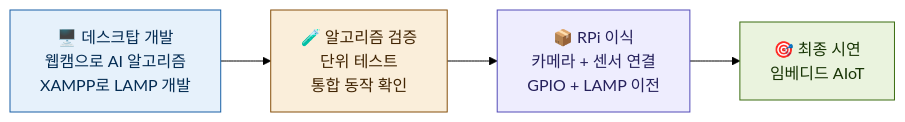
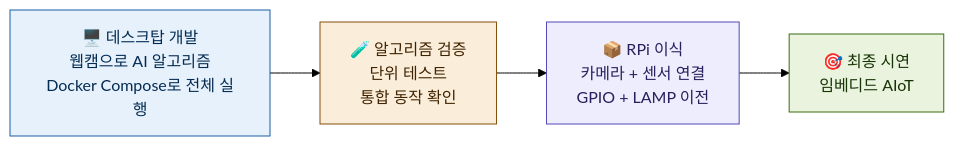
One commit to pgh165/capstone changed diagram 12 of 13 in project.md. Above: the diagram before and after it, drawn with Mermaid (forest theme). The commit also changed other lines of this file and 20 other files, not shown here.

First line of the commit message:
LAMP 스택을 Django + Docker Compose로 전환

````diff
--- a/project.md
+++ b/project.md
@@ -1015,11 +1015,11 @@
 ```mermaid
 flowchart LR
-    DEV["🖥️ 데스크탑 개발<br/>웹캠으로 AI 알고리즘<br/>XAMPP로 LAMP 개발"] --> TEST["🧪 알고리즘 검증<br/>단위 테스트<br/>통합 동작 확인"]
+    DEV["🖥️ 데스크탑 개발<br/>웹캠으로 AI 알고리즘<br/>Docker Compose로 전체 실행"] --> TEST["🧪 알고리즘 검증<br/>단위 테스트<br/>통합 동작 확인"]
     TEST --> PORT["📦 RPi 이식<br/>카메라 + 센서 연결<br/>GPIO + LAMP 이전"]
     PORT --> DEMO["🎯 최종 시연<br/>임베디드 AIoT"]
 
     style DEV fill:#E6F1FB,stroke:#185FA5,color:#042C53
     style TEST fill:#FAEEDA,stroke:#854F0B,color:#412402
     style PORT fill:#EEEDFE,stroke:#534AB7,color:#26215C
     style DEMO fill:#EAF3DE,stroke:#3B6D11,color:#173404
 ```
````
